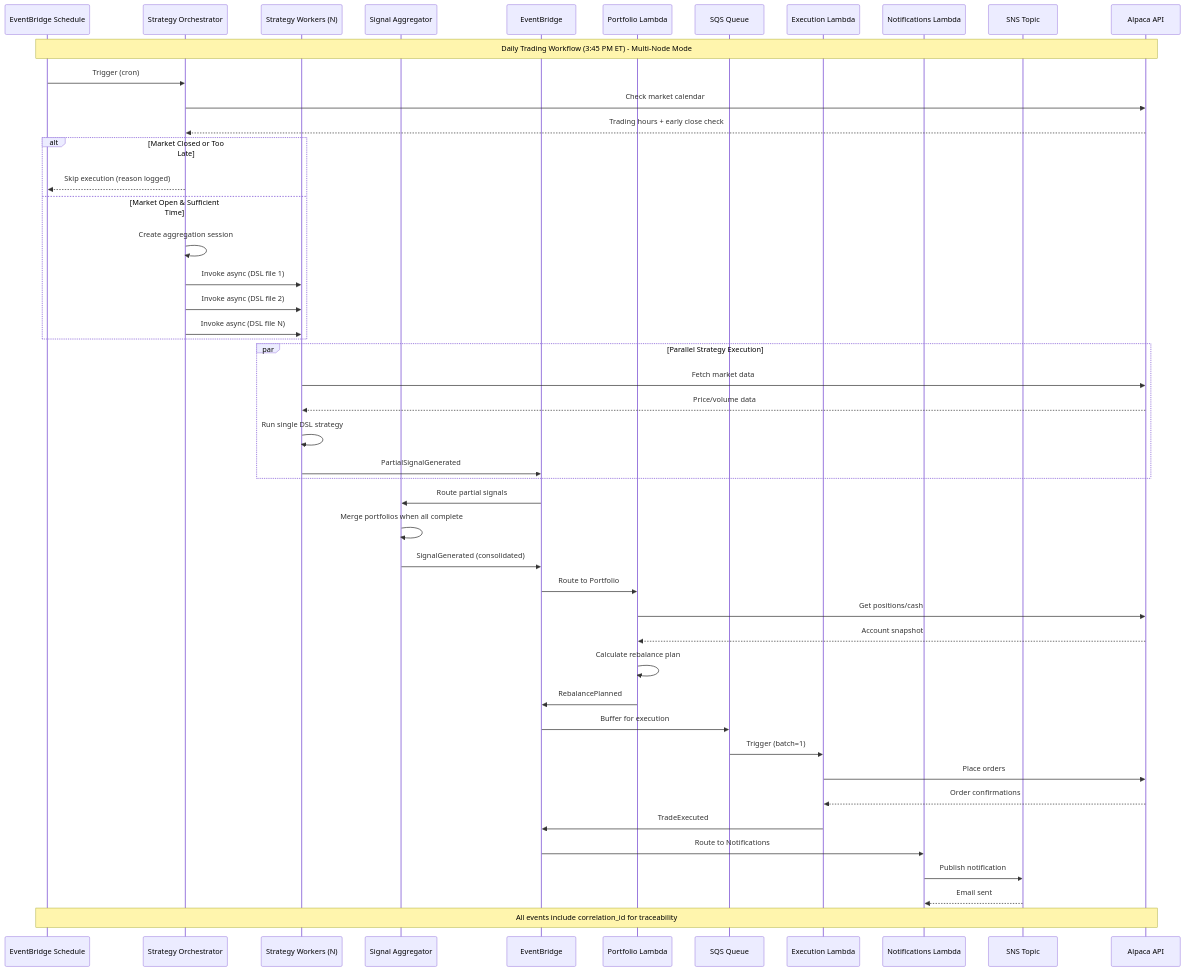
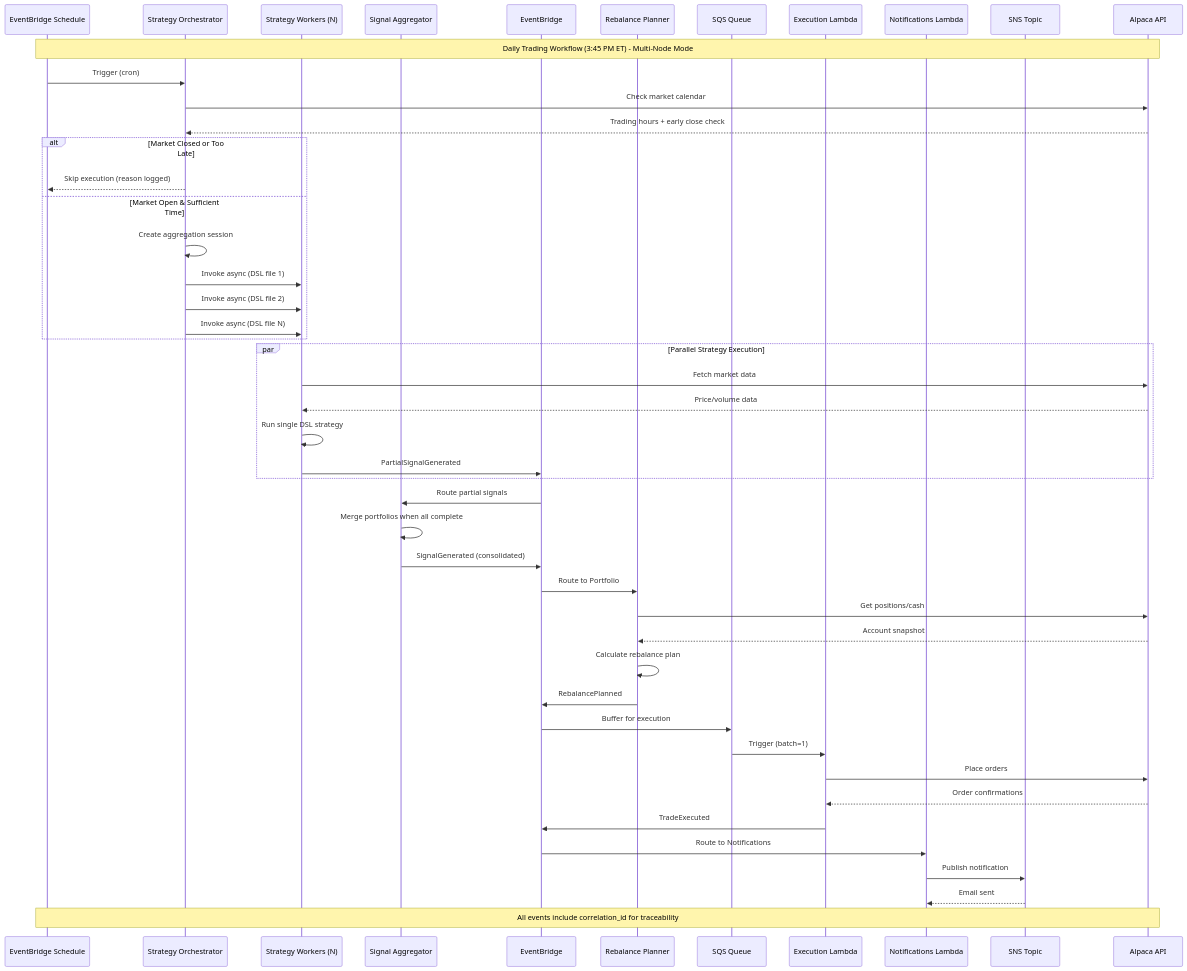
One commit to Josh-moreton/alchemiser-quant changed the second of 2 diagrams in README.md. Above: the diagram before and after it, drawn with Mermaid. The commit also changed other lines of this file and 94 other files, not shown here.

````diff
--- a/README.md
+++ b/README.md
@@ -225,57 +224,57 @@
 ```mermaid
 sequenceDiagram
     participant Sched as EventBridge Schedule
     participant SO as Strategy Orchestrator
     participant SW as Strategy Workers (N)
     participant SA as Signal Aggregator
     participant EB as EventBridge
-    participant P as Portfolio Lambda
+    participant P as Rebalance Planner
     participant SQS as SQS Queue
     participant E as Execution Lambda
     participant N as Notifications Lambda
     participant SNS as SNS Topic
     participant A as Alpaca API
 
     Note over Sched,A: Daily Trading Workflow (3:45 PM ET) - Multi-Node Mode
 
     Sched->>SO: Trigger (cron)
     SO->>A: Check market calendar
     A-->>SO: Trading hours + early close check
     alt Market Closed or Too Late
         SO-->>Sched: Skip execution (reason logged)
     else Market Open & Sufficient Time
         SO->>SO: Create aggregation session
         SO->>SW: Invoke async (DSL file 1)
         SO->>SW: Invoke async (DSL file 2)
         SO->>SW: Invoke async (DSL file N)
     end
     
     par Parallel Strategy Execution
         SW->>A: Fetch market data
         A-->>SW: Price/volume data
         SW->>SW: Run single DSL strategy
         SW->>EB: PartialSignalGenerated
     end
 
     EB->>SA: Route partial signals
     SA->>SA: Merge portfolios when all complete
     SA->>EB: SignalGenerated (consolidated)
 
     EB->>P: Route to Portfolio
     P->>A: Get positions/cash
     A-->>P: Account snapshot
     P->>P: Calculate rebalance plan
     P->>EB: RebalancePlanned
 
     EB->>SQS: Buffer for execution
     SQS->>E: Trigger (batch=1)
     E->>A: Place orders
     A-->>E: Order confirmations
     E->>EB: TradeExecuted
 
     EB->>N: Route to Notifications
     N->>SNS: Publish notification
     SNS-->>N: Email sent
 
     Note over Sched,A: All events include correlation_id for traceability
 ```
````
